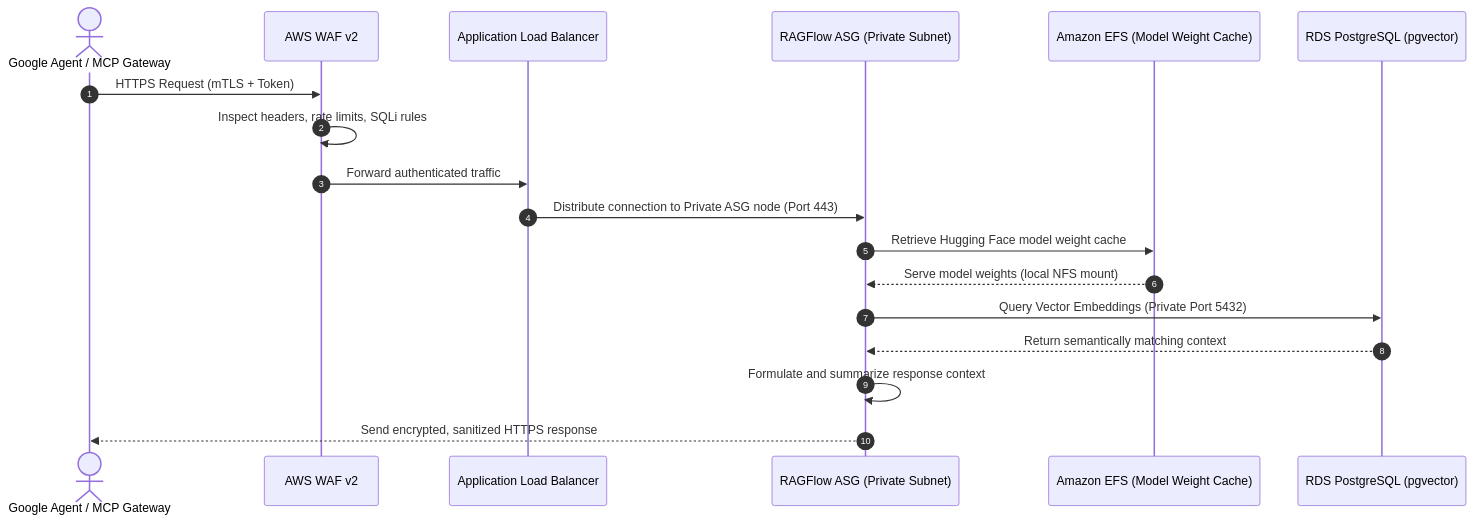
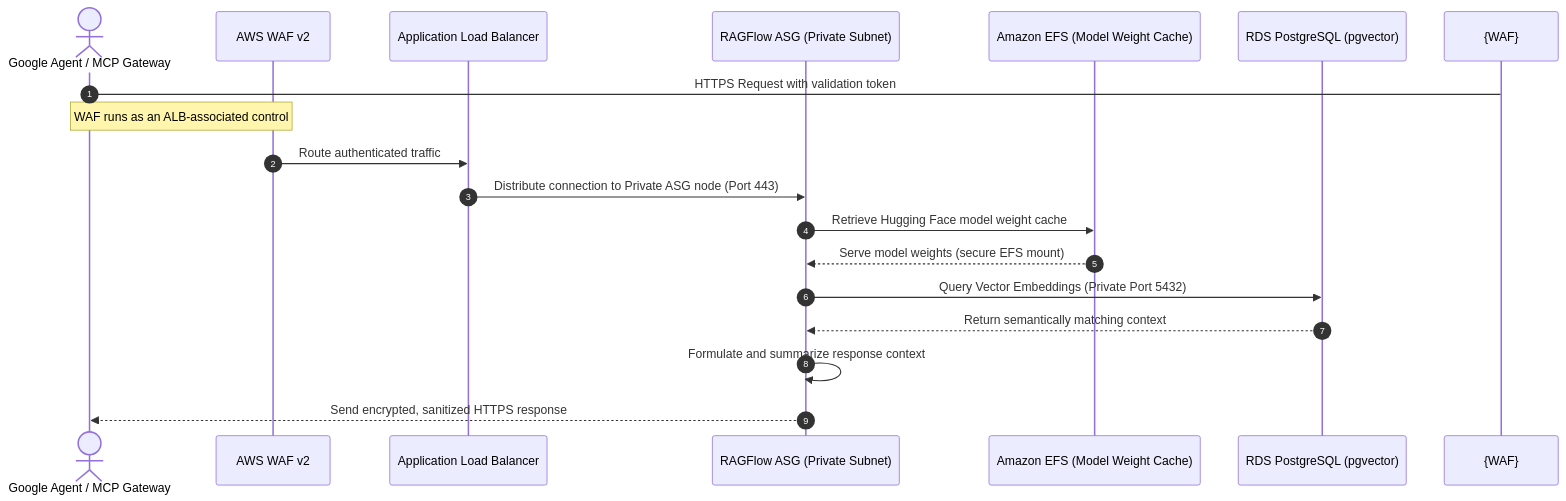
Before and after one commit to linuxmalaysia/aws-3tier-deployment-for-php-infra: the diagram in docs/engineering/ragflow-langfuse.md, drawn with Mermaid. The commit also changed other lines of this file and 39 other files, not shown here.

````diff
--- a/docs/engineering/ragflow-langfuse.md
+++ b/docs/engineering/ragflow-langfuse.md
@@ -28,21 +28,21 @@
 ```mermaid
 sequenceDiagram
     autonumber
     actor Agent as Google Agent / MCP Gateway
     participant WAF as AWS WAF v2
     participant ALB as Application Load Balancer
     participant RAG as RAGFlow ASG (Private Subnet)
     participant EFS as Amazon EFS (Model Weight Cache)
     participant DB as RDS PostgreSQL (pgvector)
 
-    Agent->>WAF: HTTPS Request (mTLS + Token)
-    WAF->>WAF: Inspect headers, rate limits, SQLi rules
-    WAF->>ALB: Forward authenticated traffic
+    Agent->{WAF}: HTTPS Request with validation token
+    Note over Agent,WAF: WAF runs as an ALB-associated control
+    WAF->>ALB: Route authenticated traffic
     ALB->>RAG: Distribute connection to Private ASG node (Port 443)
     RAG->>EFS: Retrieve Hugging Face model weight cache
-    EFS-->>RAG: Serve model weights (local NFS mount)
+    EFS-->>RAG: Serve model weights (secure EFS mount)
     RAG->>DB: Query Vector Embeddings (Private Port 5432)
     DB-->>RAG: Return semantically matching context
     RAG->>RAG: Formulate and summarize response context
     RAG-->>Agent: Send encrypted, sanitized HTTPS response
 ```
````
